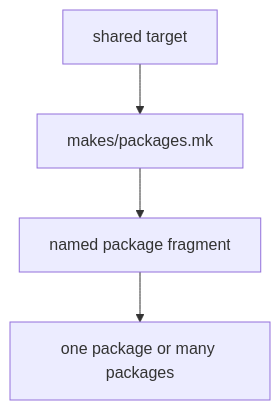
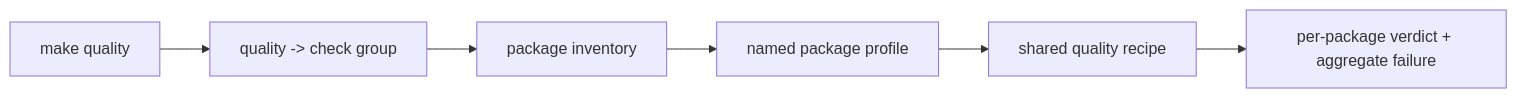
One commit to bijux/bijux-proteomics changed the diagram in docs/08-bijux-proteomics-maintain/makes/package-dispatch.md. Above: the diagram before and after it, drawn with Mermaid. The commit also changed other lines of this file and 2 other files, not shown here.

Commit message:
docs(make): define command dispatch model

````diff
--- a/docs/08-bijux-proteomics-maintain/makes/package-dispatch.md
+++ b/docs/08-bijux-proteomics-maintain/makes/package-dispatch.md
@@ -16,11 +29,10 @@
 ```mermaid
-flowchart TB
-    target["shared target"]
-    routing["makes/packages.mk"]
-    fragment["named package fragment"]
-    package["one package or many packages"]
-
-    target --> routing
-    routing --> fragment
-    fragment --> package
+flowchart LR
+    command["make quality"]
+    target["quality -> check group"]
+    inventory["package inventory"]
+    profile["named package profile"]
+    shared["shared quality recipe"]
+    result["per-package verdict + aggregate failure"]
+    command --> target --> inventory --> profile --> shared --> result
 ```
````
